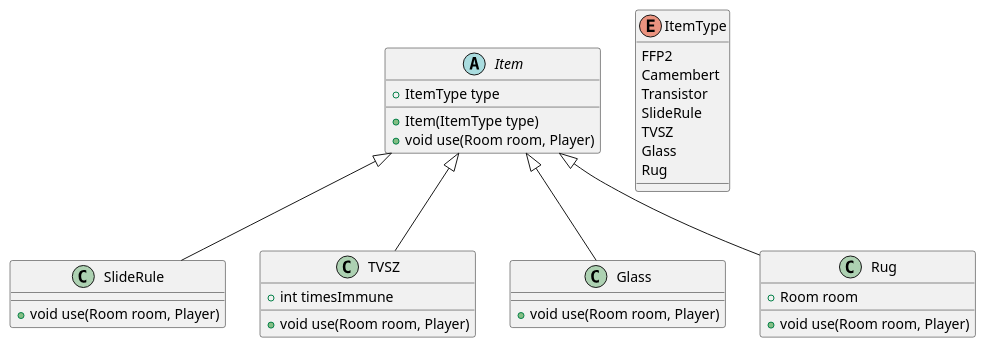
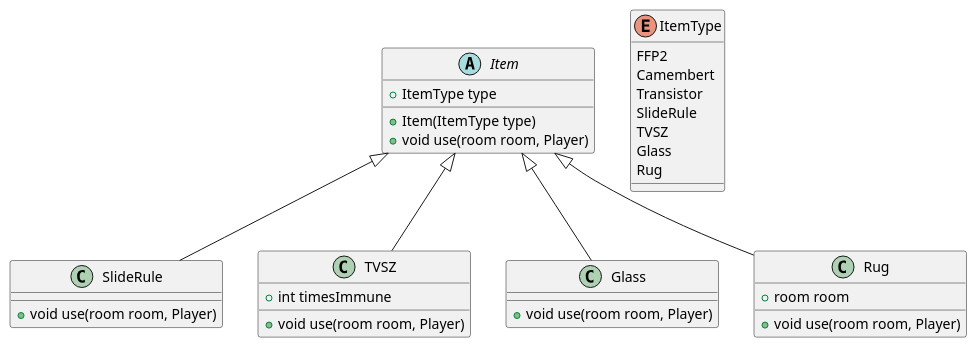
The diagram in docs/items_split2.puml (jajecnikmarci/ProjLab), drawn with PlantUML before and after one commit. The commit also changed 17 other files, not shown here.

```diff
--- a/docs/items_split2.puml
+++ b/docs/items_split2.puml
@@ -1,33 +1,33 @@
 abstract Item {
  + ItemType type
  + Item(ItemType type)
- + void use(Room room, Player)
+ + void use(room room, Player)
 }
 
 enum ItemType {
     FFP2
     Camembert
     Transistor
     SlideRule
     TVSZ
     Glass
     Rug
 }
 
 class SlideRule extends Item {
- + void use(Room room, Player)  
+ + void use(room room, Player)
 }
 
 class TVSZ extends Item {
  + int timesImmune
- + void use(Room room, Player)
+ + void use(room room, Player)
 }
 
 class Glass extends Item {
- + void use(Room room, Player)
+ + void use(room room, Player)
 }
 
 class Rug extends Item {
- + Room room
- + void use(Room room, Player)
+ + room room
+ + void use(room room, Player)
 }
```
